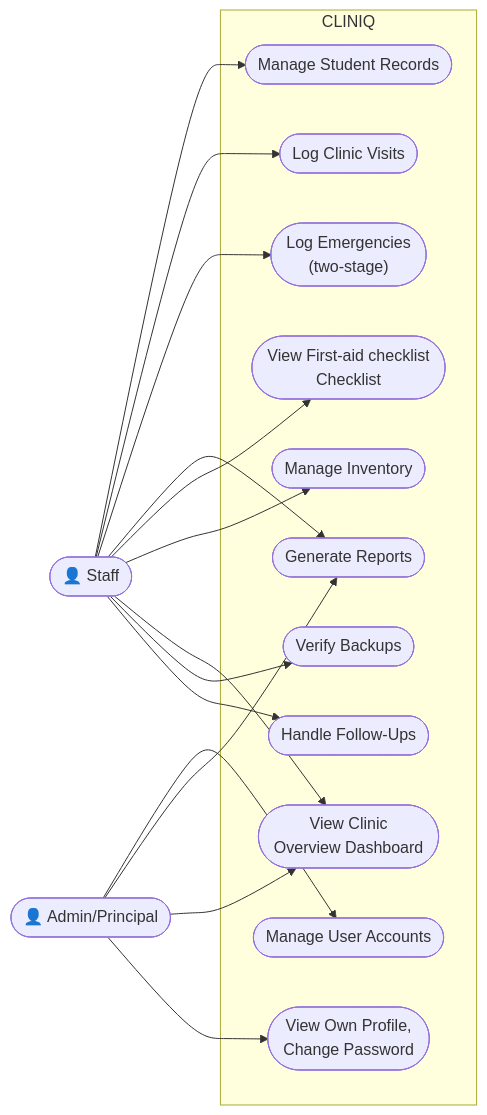
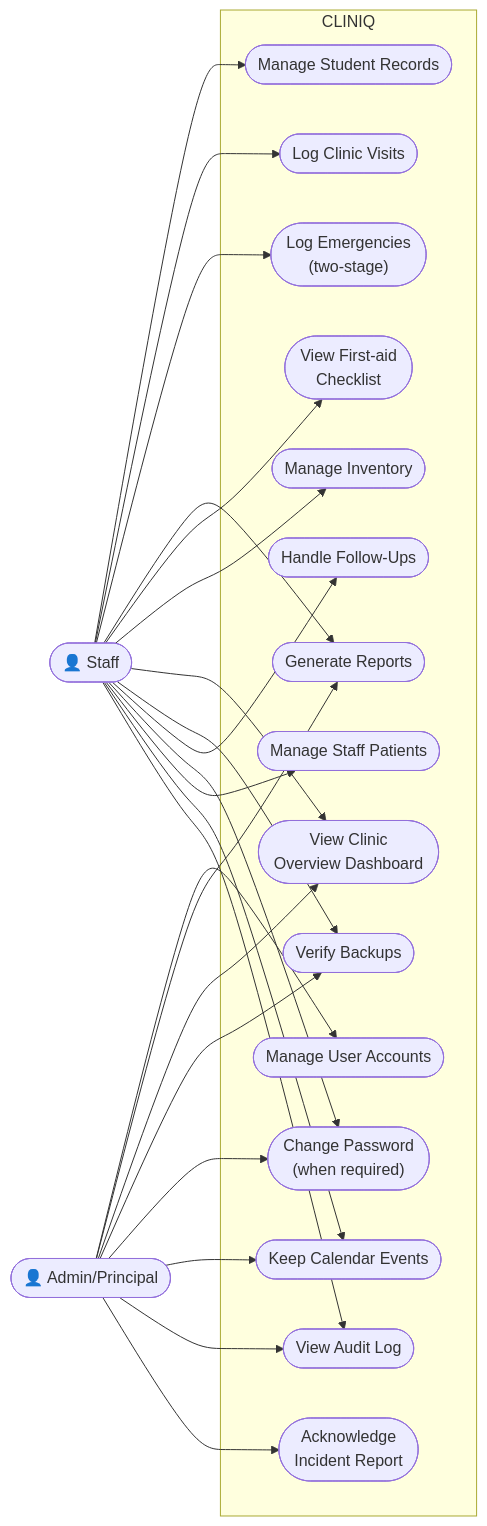
One commit to zekuuu/cliniq changed the diagram in CLINIQ-Knowledge-Base/02-Architecture/Database/Use-Case-Diagram.md. Above: the diagram before and after it, drawn with Mermaid. The commit also changed other lines of this file and 7 other files, not shown here.

Commit message:
docs: correct architecture pages and diagrams against the code

````diff
--- a/CLINIQ-Knowledge-Base/02-Architecture/Database/Use-Case-Diagram.md
+++ b/CLINIQ-Knowledge-Base/02-Architecture/Database/Use-Case-Diagram.md
@@ -7,22 +7,26 @@
 ```mermaid
 flowchart LR
     STAFF(["👤 Staff"])
     ADMIN(["👤 Admin/Principal"])
 
     subgraph System["CLINIQ"]
         UC1(["Manage User Accounts"])
         UC2(["Manage Student Records"])
         UC3(["Log Clinic Visits"])
         UC4(["Log Emergencies<br/>(two-stage)"])
         UC5(["Generate Reports"])
-        UC7(["View First-aid checklist<br/>Checklist"])
+        UC7(["View First-aid<br/>Checklist"])
         UC8(["Manage Inventory"])
         UC9(["View Clinic<br/>Overview Dashboard"])
         UC10(["Verify Backups"])
         UC11(["Handle Follow-Ups"])
-        UC12(["View Own Profile,<br/>Change Password"])
+        UC12(["Change Password<br/>(when required)"])
+        UC13(["Manage Staff Patients"])
+        UC14(["Keep Calendar Events"])
+        UC15(["View Audit Log"])
+        UC16(["Acknowledge<br/>Incident Report"])
     end
 
-    STAFF --> UC2 & UC3 & UC4 & UC5 & UC7 & UC8 & UC9 & UC10 & UC11
-    ADMIN --> UC1 & UC5 & UC9 & UC12
+    STAFF --> UC2 & UC3 & UC4 & UC5 & UC7 & UC8 & UC9 & UC10 & UC11 & UC12 & UC13 & UC14 & UC15
+    ADMIN --> UC1 & UC5 & UC9 & UC10 & UC12 & UC14 & UC15 & UC16
 ```
````
